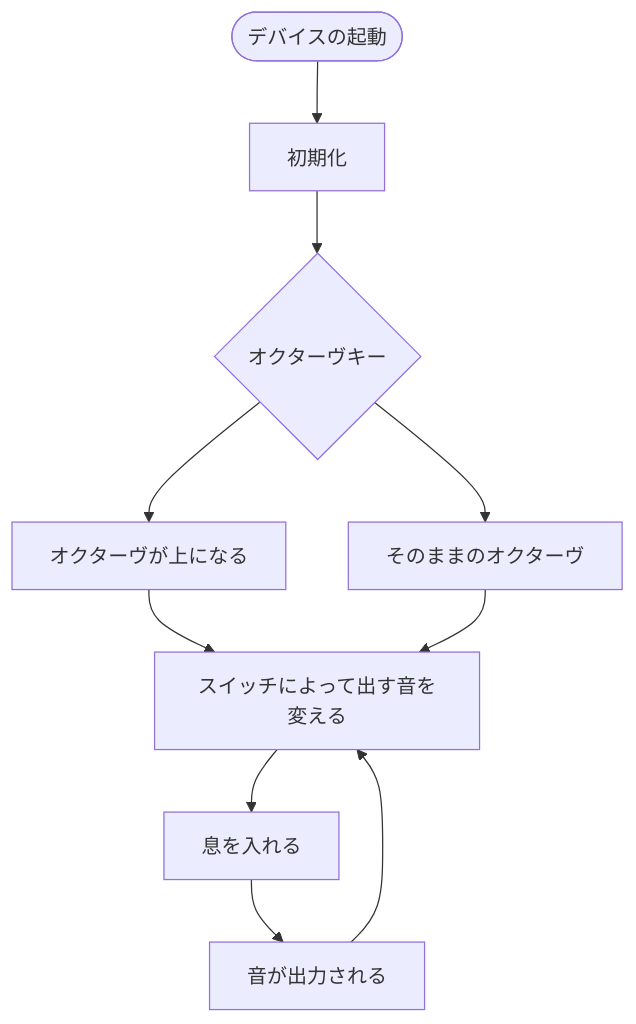
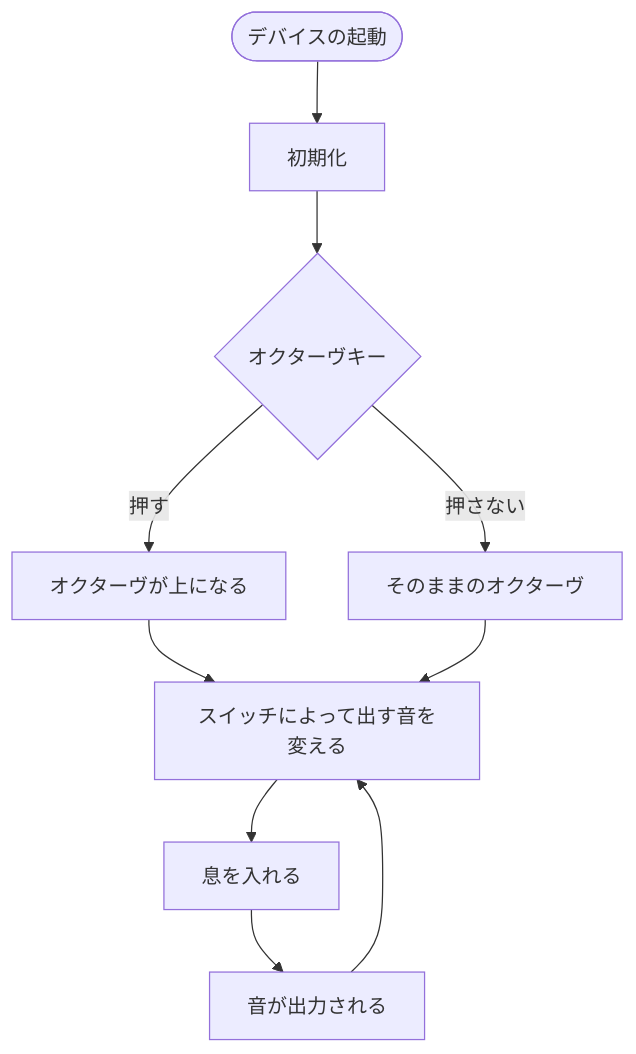
One commit to kudou917/musical_instrument changed the diagram in readme.md. Above: the diagram before and after it, drawn with Mermaid.

Commit message:
更新

````diff
--- a/readme.md
+++ b/readme.md
@@ -7,12 +7,12 @@
 ```mermaid
 flowchart TD;
     a([デバイスの起動])-->初期化;
     初期化-->id1{オクターヴキー};
     息を入れる-->音が出力される;
     音が出力される-->スイッチによって出す音を変える;
     スイッチによって出す音を変える-->息を入れる;
-    id1{オクターヴキー}-->オクターヴが上になる;
-    id1{オクターヴキー}-->そのままのオクターヴ
+    id1{オクターヴキー}--押す-->オクターヴが上になる;
+    id1{オクターヴキー}--押さない-->そのままのオクターヴ
     オクターヴが上になる-->スイッチによって出す音を変える;
     そのままのオクターヴ-->スイッチによって出す音を変える;
 ```
````
